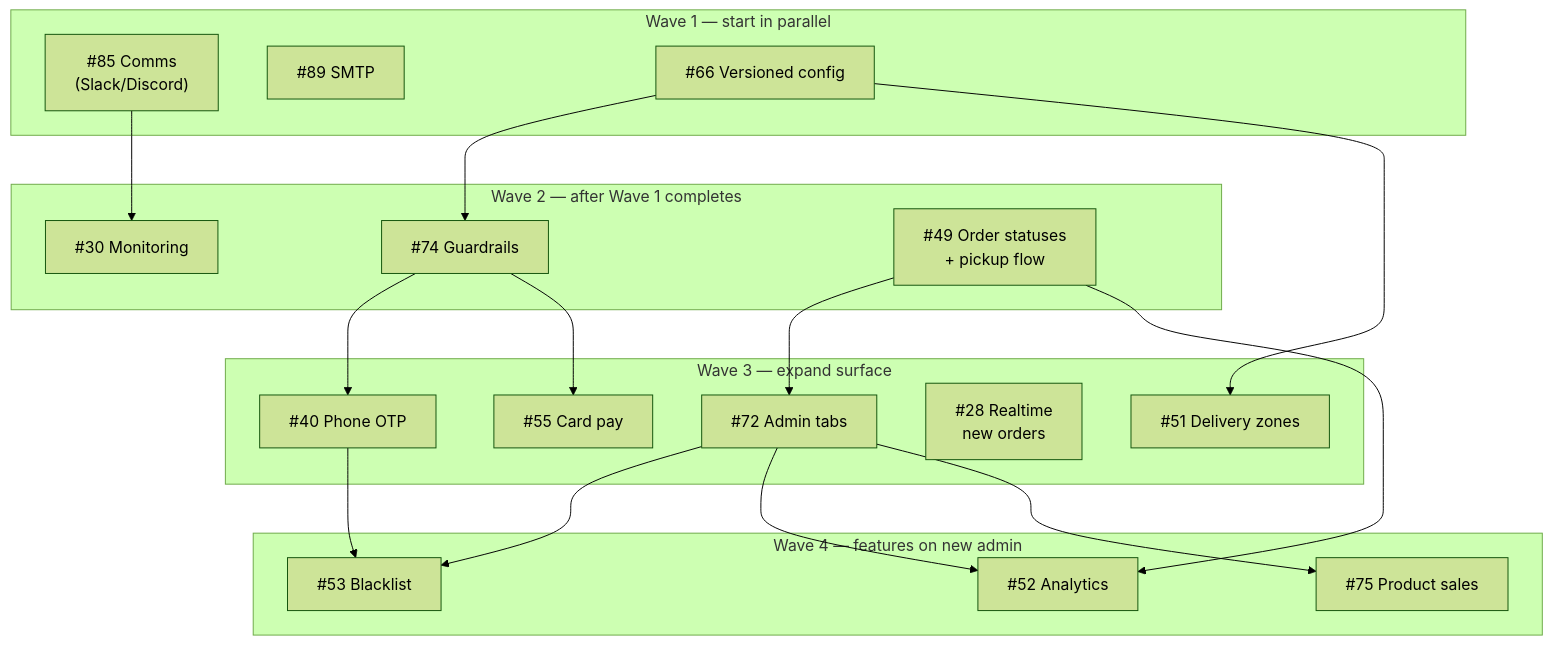
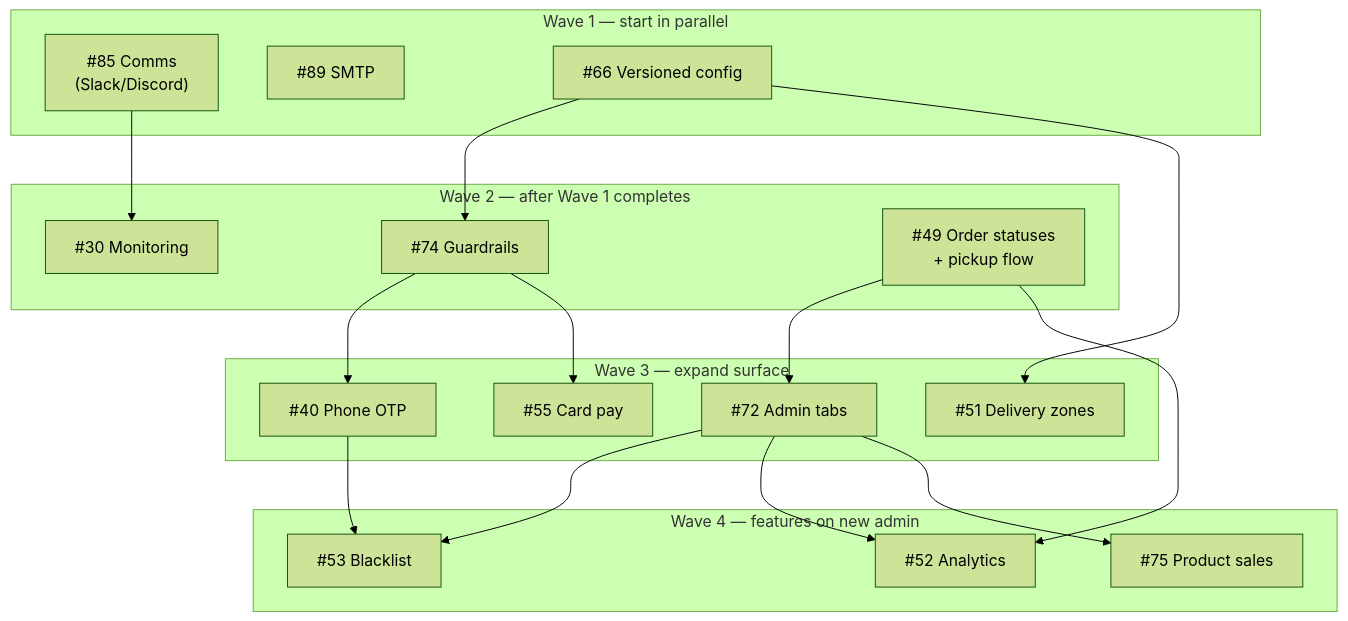
One commit to VanguardTOfficial/Kalooda changed the diagram in docs/github-issue-execution-order.md. Above: the diagram before and after it, drawn with Mermaid (forest theme). The commit also changed other lines of this file, not shown here.

````diff
--- a/docs/github-issue-execution-order.md
+++ b/docs/github-issue-execution-order.md
@@ -52,45 +52,44 @@
 ```mermaid
 flowchart TB
   subgraph W1["Wave 1 — start in parallel"]
     I85["#85 Comms<br/>(Slack/Discord)"]
     I89["#89 SMTP"]
     I66["#66 Versioned config"]
   end
 
   subgraph W2["Wave 2 — after Wave 1 completes"]
     I30["#30 Monitoring"]
     I74["#74 Guardrails"]
     I49["#49 Order statuses<br/>+ pickup flow"]
   end
 
   subgraph W3["Wave 3 — expand surface"]
     I72["#72 Admin tabs"]
     I40["#40 Phone OTP"]
     I55["#55 Card pay"]
-    I28["#28 Realtime<br/>new orders"]
     I51["#51 Delivery zones"]
   end
 
   subgraph W4["Wave 4 — features on new admin"]
     I53["#53 Blacklist"]
     I52["#52 Analytics"]
     I75["#75 Product sales"]
   end
 
   I85 --> I30
   I66 --> I74
 
   I49 --> I72
   I74 --> I40
   I74 --> I55
 
   I66 --> I51
 
   I40 --> I53
   I72 --> I53
 
   I49 --> I52
   I72 --> I52
 
   I72 --> I75
 ```
````
